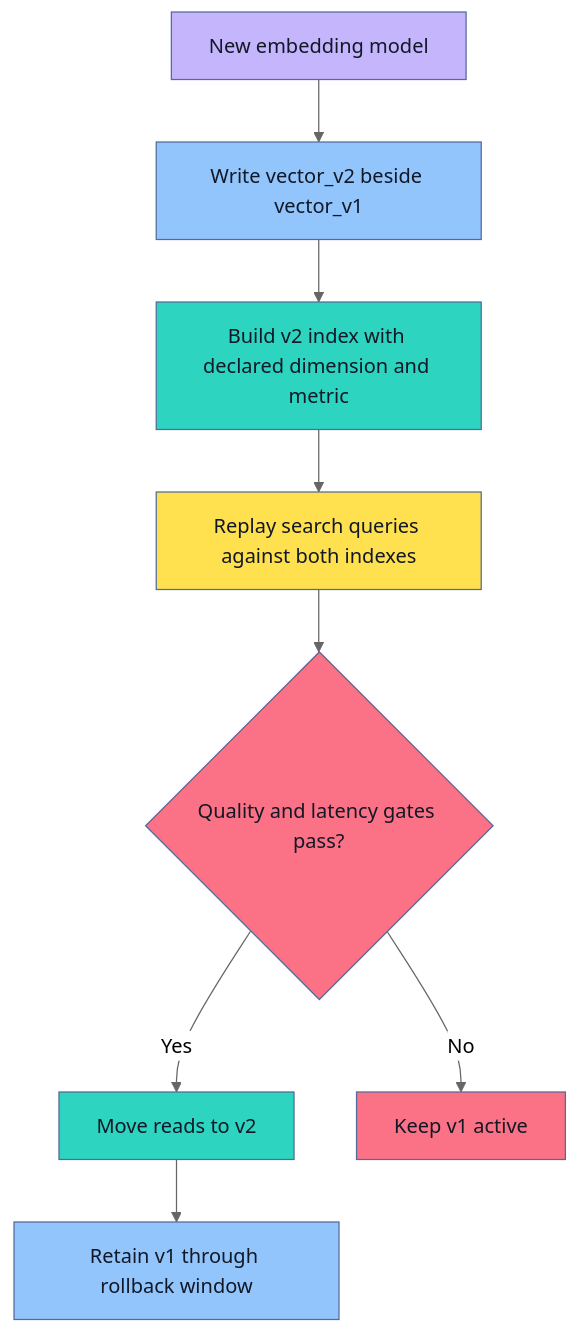
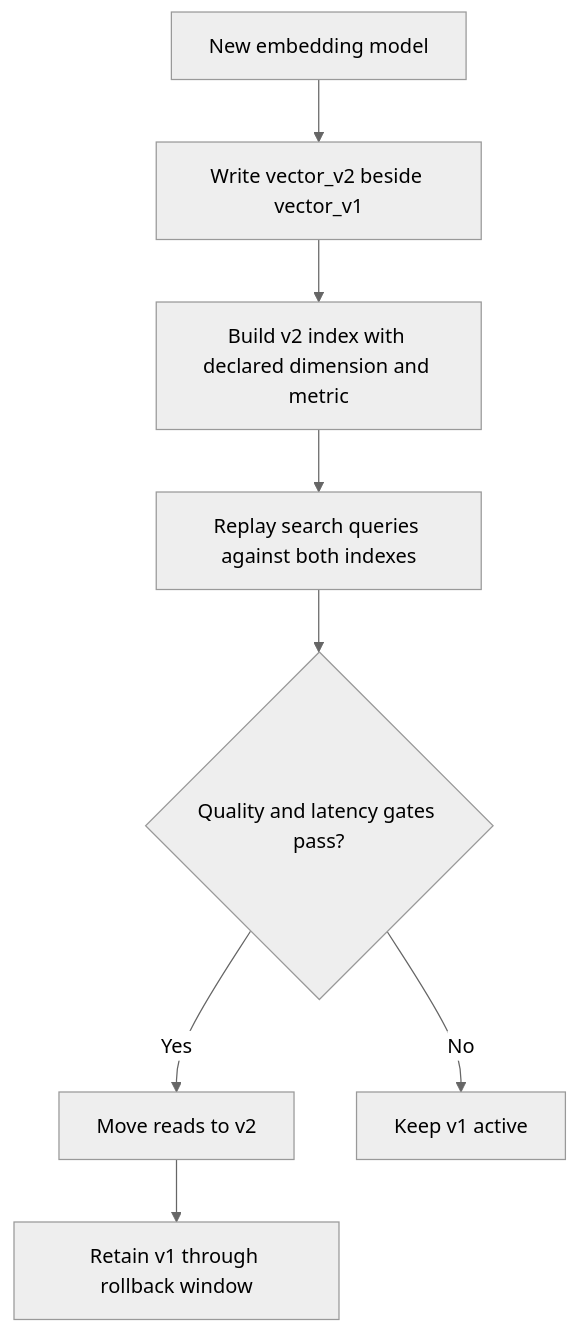
One commit to senlinyy/dev-roadmaps changed the third of 8 diagrams in roadmaps/mlops/modules/deployment-and-release-management/release-strategies/01-backward-compatible-model-apis.md. Above: the diagram before and after it, drawn with Mermaid (neutral theme). The commit also changed other lines of this file and 152 other files, not shown here.

Commit message:
feat: mlops and diagrams updated

````diff
--- a/roadmaps/mlops/modules/deployment-and-release-management/release-strategies/01-backward-compatible-model-apis.md
+++ b/roadmaps/mlops/modules/deployment-and-release-management/release-strategies/01-backward-compatible-model-apis.md
@@ -212,19 +212,19 @@
 ```mermaid
 flowchart TD
     A["New embedding model"] --> B["Write vector_v2 beside vector_v1"]
     B --> C["Build v2 index with declared dimension and metric"]
     C --> D["Replay search queries against both indexes"]
     D --> E{"Quality and latency gates pass?"}
     E -->|"Yes"| F["Move reads to v2"]
     E -->|"No"| G["Keep v1 active"]
     F --> H["Retain v1 through rollback window"]
 
-    style A fill:#C4B5FD,stroke:#536A9A,color:#111827
-    style B fill:#93C5FD,stroke:#536A9A,color:#111827
-    style C fill:#2DD4BF,stroke:#536A9A,color:#111827
-    style D fill:#FFE04F,stroke:#536A9A,color:#111827
-    style E fill:#FB7185,stroke:#536A9A,color:#111827
-    style F fill:#2DD4BF,stroke:#536A9A,color:#111827
-    style G fill:#FB7185,stroke:#536A9A,color:#111827
-    style H fill:#93C5FD,stroke:#536A9A,color:#111827
+    class A dp-mermaid-primary
+    class B dp-mermaid-secondary
+    class C dp-mermaid-tertiary
+    class D dp-mermaid-quaternary
+    class E dp-mermaid-primary
+    class F dp-mermaid-tertiary
+    class G dp-mermaid-primary
+    class H dp-mermaid-secondary
 ```
````
